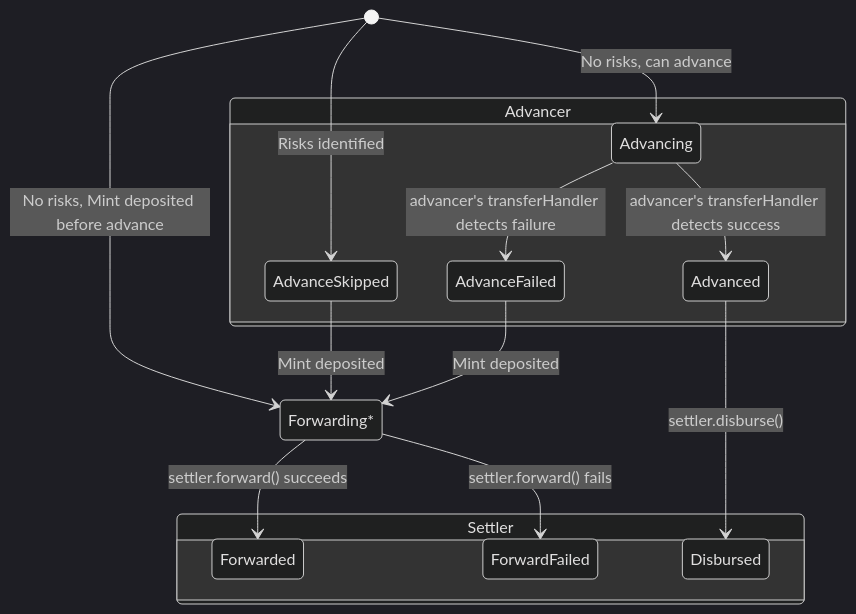
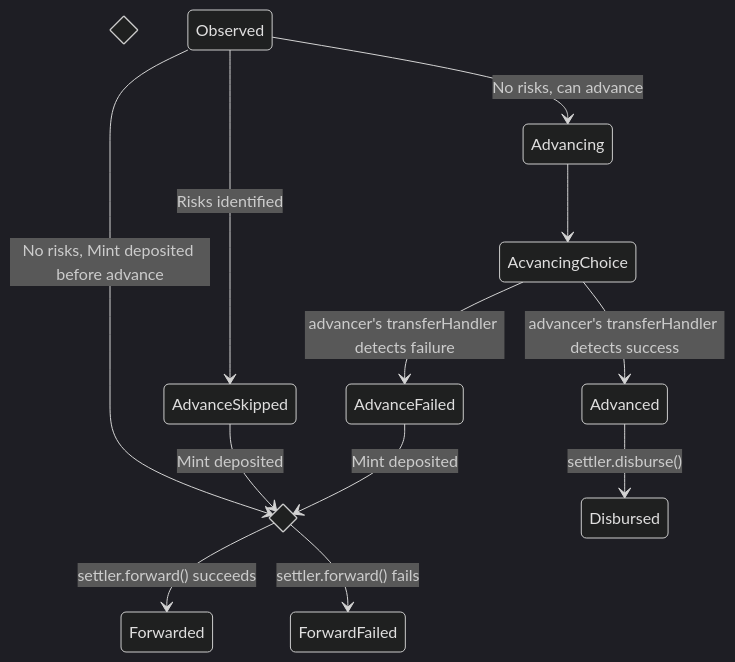
Before and after one commit to Agoric/agoric-sdk: the third of 3 diagrams in packages/fast-usdc/README.md, drawn with Mermaid (dark theme). The commit also changed other lines of this file and 3 other files, not shown here.

Commit message:
docs: diagram improvements and moved file comments to definitions

````diff
--- a/packages/fast-usdc/README.md
+++ b/packages/fast-usdc/README.md
@@ -80,26 +80,18 @@
 ```mermaid
 stateDiagram-v2
-  [*] --> AdvanceSkipped : Risks identified
-  [*] --> Advancing : No risks, can advance
-  [*] --> Forwarding* : No risks, Mint deposited before advance
+  state Forwarding <<choice>>
+  state AdvancingChoice <<choice>>
 
-  state Advancer  {
-    Advanced
-    AdvanceFailed
-    AdvanceSkipped
-    Advancing
-  }
-  state Settler {
-    Forwarded
-    ForwardFailed
-    Disbursed
-  }
+  Observed --> AdvanceSkipped : Risks identified
+  Observed --> Advancing : No risks, can advance
+  Observed --> Forwarding : No risks, Mint deposited before advance
 
-  Forwarding* --> Forwarded : settler.forward() succeeds
-  Advancing --> Advanced : advancer's transferHandler detects success
+  Forwarding --> Forwarded : settler.forward() succeeds
+  Advancing --> AcvancingChoice
+  AcvancingChoice --> Advanced : advancer's transferHandler detects success
   Advanced --> Disbursed : settler.disburse()
-  AdvanceSkipped --> Forwarding* : Mint deposited
-  AdvanceFailed --> Forwarding* : Mint deposited
-  Advancing --> AdvanceFailed : advancer's transferHandler detects failure
-  Forwarding* --> ForwardFailed : settler.forward() fails
+  AdvanceSkipped --> Forwarding : Mint deposited
+  AdvanceFailed --> Forwarding : Mint deposited
+  AcvancingChoice --> AdvanceFailed : advancer's transferHandler detects failure
+  Forwarding --> ForwardFailed : settler.forward() fails
  ```
````
